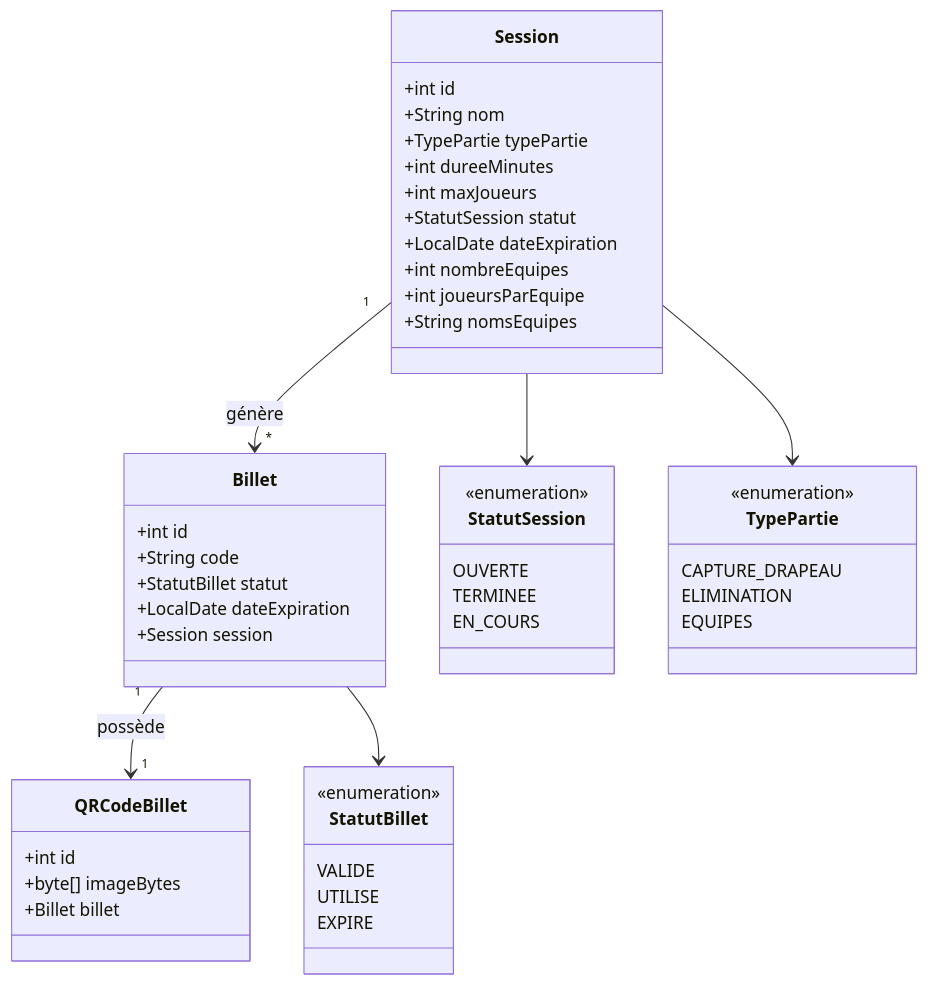
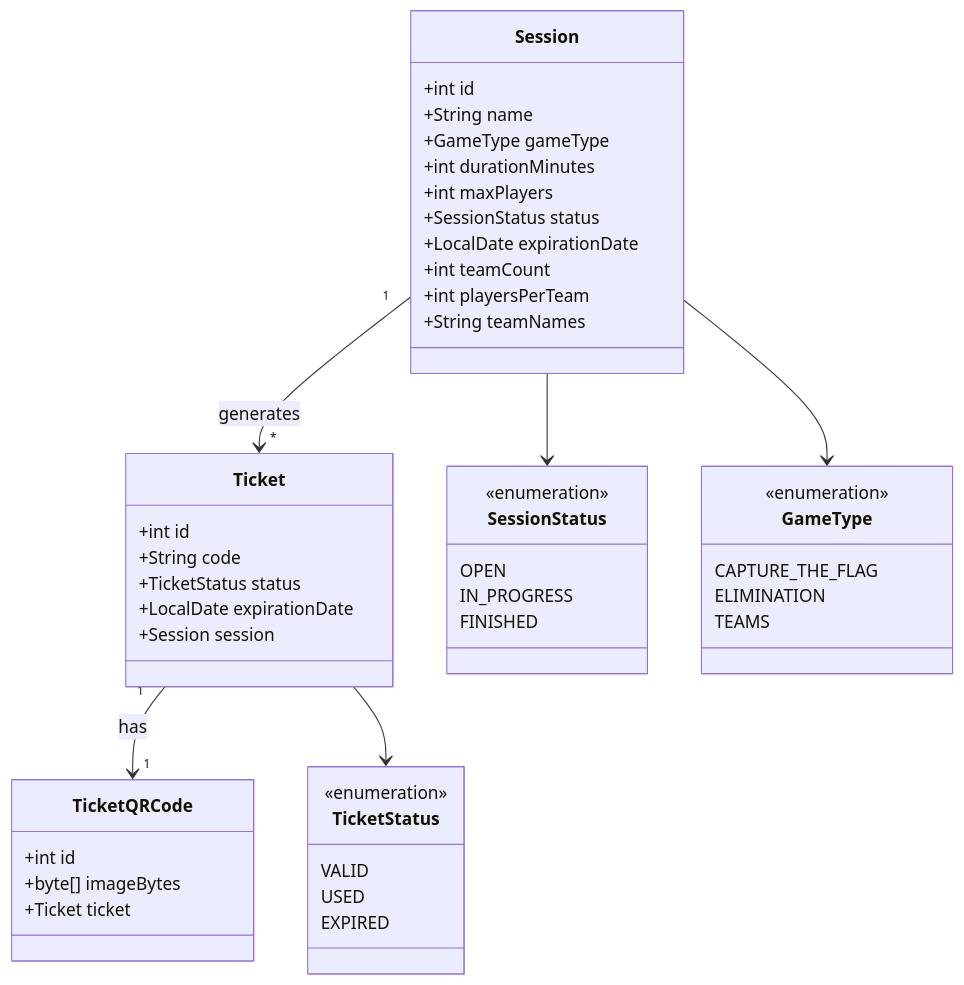
One commit to veon-mc/laserarena changed the diagram in README.md. Above: the diagram before and after it, drawn with Mermaid. The commit also changed other lines of this file, not shown here.

````diff
--- a/README.md
+++ b/README.md
@@ -21,50 +46,50 @@
 ```mermaid
 classDiagram
   class Session {
     +int id
-    +String nom
-    +TypePartie typePartie
-    +int dureeMinutes
-    +int maxJoueurs
-    +StatutSession statut
-    +LocalDate dateExpiration
-    +int nombreEquipes
-    +int joueursParEquipe
-    +String nomsEquipes
+    +String name
+    +GameType gameType
+    +int durationMinutes
+    +int maxPlayers
+    +SessionStatus status
+    +LocalDate expirationDate
+    +int teamCount
+    +int playersPerTeam
+    +String teamNames
   }
-  class Billet {
+  class Ticket {
     +int id
     +String code
-    +StatutBillet statut
-    +LocalDate dateExpiration
+    +TicketStatus status
+    +LocalDate expirationDate
     +Session session
   }
-  class QRCodeBillet {
+  class TicketQRCode {
     +int id
     +byte[] imageBytes
-    +Billet billet
+    +Ticket ticket
   }
-  class StatutSession {
+  class SessionStatus {
     <<enumeration>>
-    OUVERTE
-    TERMINEE
-    EN_COURS
+    OPEN
+    IN_PROGRESS
+    FINISHED
   }
-  class StatutBillet {
+  class TicketStatus {
     <<enumeration>>
-    VALIDE
-    UTILISE
-    EXPIRE
+    VALID
+    USED
+    EXPIRED
   }
-  class TypePartie {
+  class GameType {
     <<enumeration>>
-    CAPTURE_DRAPEAU
+    CAPTURE_THE_FLAG
     ELIMINATION
-    EQUIPES
+    TEAMS
   }
-  Session "1" --> "*" Billet : génère
-  Billet "1" --> "1" QRCodeBillet : possède
-  Session --> StatutSession
-  Session --> TypePartie
-  Billet --> StatutBillet
+  Session "1" --> "*" Ticket : generates
+  Ticket "1" --> "1" TicketQRCode : has
+  Session --> SessionStatus
+  Session --> GameType
+  Ticket --> TicketStatus
 ```
````
